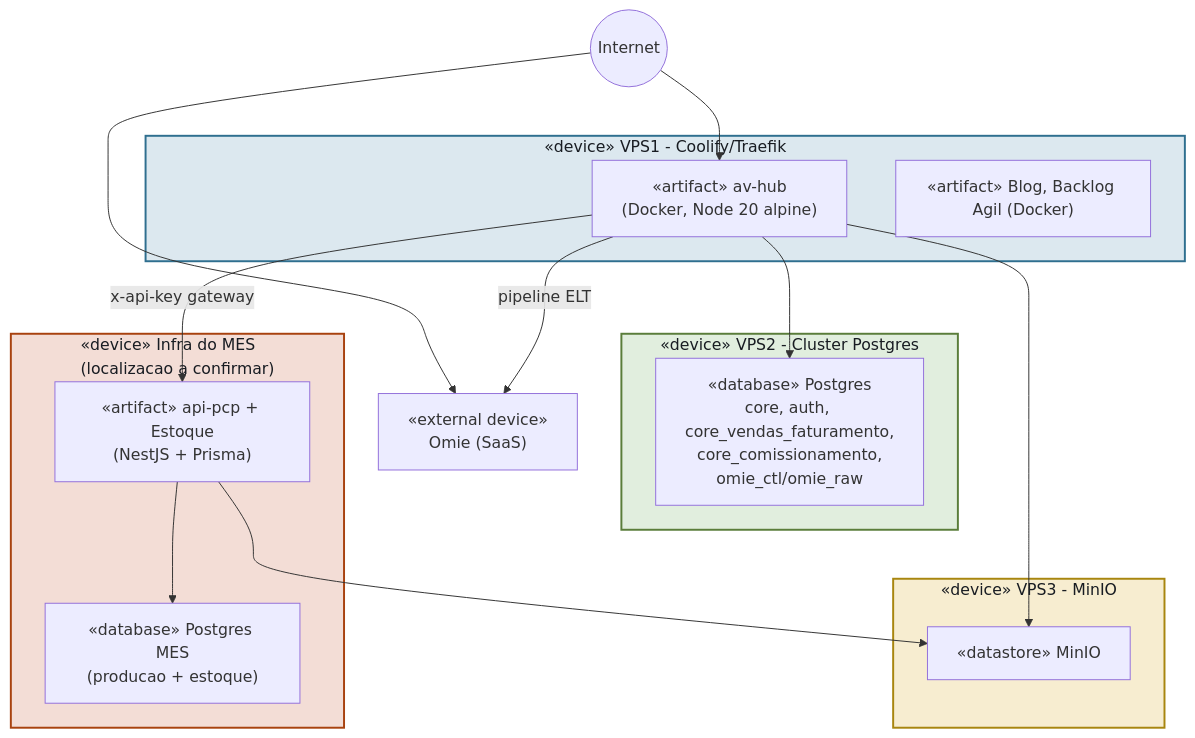
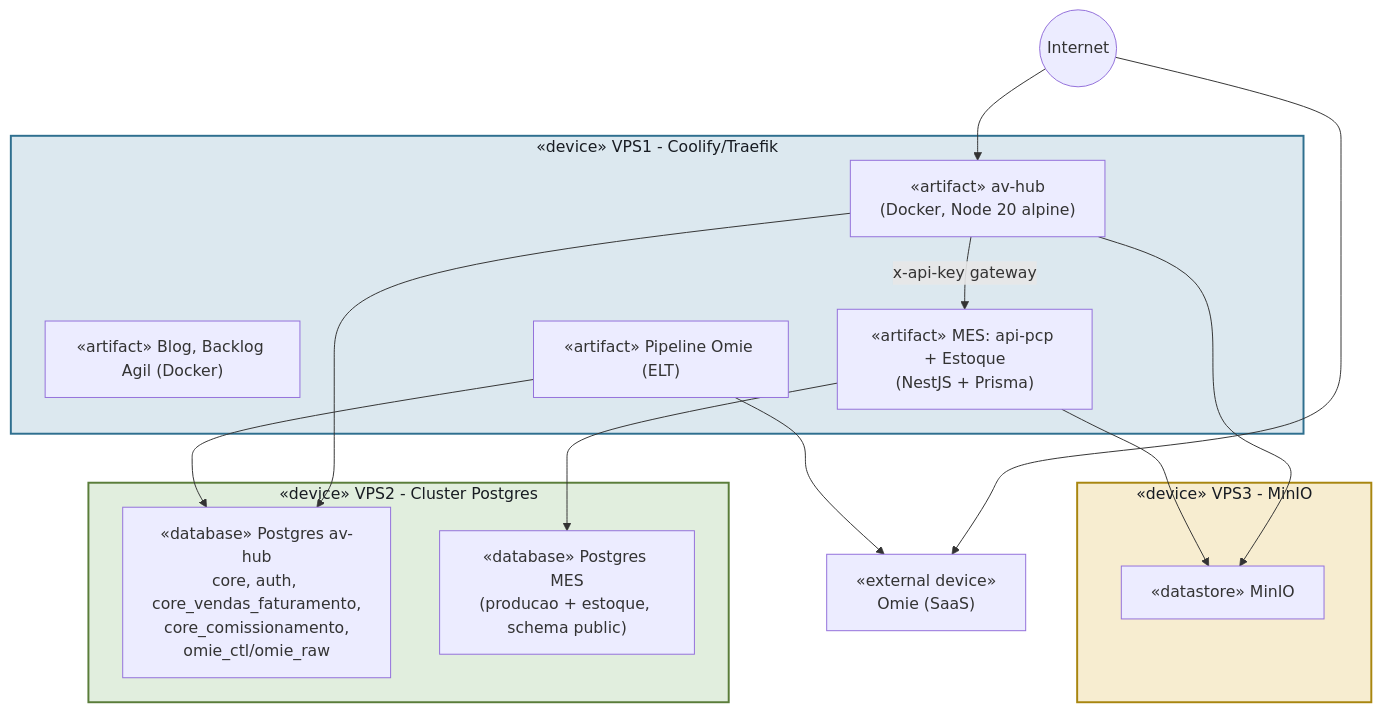
Before and after one commit to Acosvital/vault-avhub-mer: diagram 16 of 28 in 04-Arquitetura-Transversal/Diagramas-UML.md, drawn with Mermaid. The commit also changed other lines of this file and 116 other files, not shown here.

````diff
--- a/04-Arquitetura-Transversal/Diagramas-UML.md
+++ b/04-Arquitetura-Transversal/Diagramas-UML.md
@@ -975,33 +977,32 @@
 ```mermaid
 flowchart TB
     subgraph VPS1["«device» VPS1 - Coolify/Traefik"]
         AVHUBC["«artifact» av-hub<br/>(Docker, Node 20 alpine)"]
         BLOGC["«artifact» Blog, Backlog Agil (Docker)"]
+        MESAPPD["«artifact» MES: api-pcp + Estoque<br/>(NestJS + Prisma)"]
+        PIPED["«artifact» Pipeline Omie (ELT)"]
     end
     subgraph VPS2["«device» VPS2 - Cluster Postgres"]
-        PG["«database» Postgres<br/>core, auth, core_vendas_faturamento,<br/>core_comissionamento,<br/>omie_ctl/omie_raw"]
+        PG["«database» Postgres av-hub<br/>core, auth, core_vendas_faturamento,<br/>core_comissionamento,<br/>omie_ctl/omie_raw"]
+        PGMESD["«database» Postgres MES<br/>(producao + estoque, schema public)"]
     end
     subgraph VPS3["«device» VPS3 - MinIO"]
         MINIOD["«datastore» MinIO"]
-    end
-    subgraph VPSMES["«device» Infra do MES<br/>(localizacao a confirmar)"]
-        MESAPPD["«artifact» api-pcp + Estoque<br/>(NestJS + Prisma)"]
-        PGMESD["«database» Postgres MES<br/>(producao + estoque)"]
     end
     INTERNET(("Internet"))
     OMIED["«external device»<br/>Omie (SaaS)"]
 
     AVHUBC --> PG
     AVHUBC --> MINIOD
     MESAPPD --> PGMESD
     MESAPPD --> MINIOD
     AVHUBC -->|x-api-key gateway| MESAPPD
     INTERNET --> AVHUBC
     INTERNET --> OMIED
-    AVHUBC -->|pipeline ELT| OMIED
+    PIPED --> OMIED
+    PIPED --> PG
 
     style VPS1 fill:#dce8ef,stroke:#2f6f8f,stroke-width:2px,color:#181c22
     style VPS2 fill:#e1eede,stroke:#5a7d3a,stroke-width:2px,color:#181c22
     style VPS3 fill:#f7edd0,stroke:#a8860f,stroke-width:2px,color:#181c22
-    style VPSMES fill:#f3ddd6,stroke:#a8420f,stroke-width:2px,color:#181c22
 ```
````
